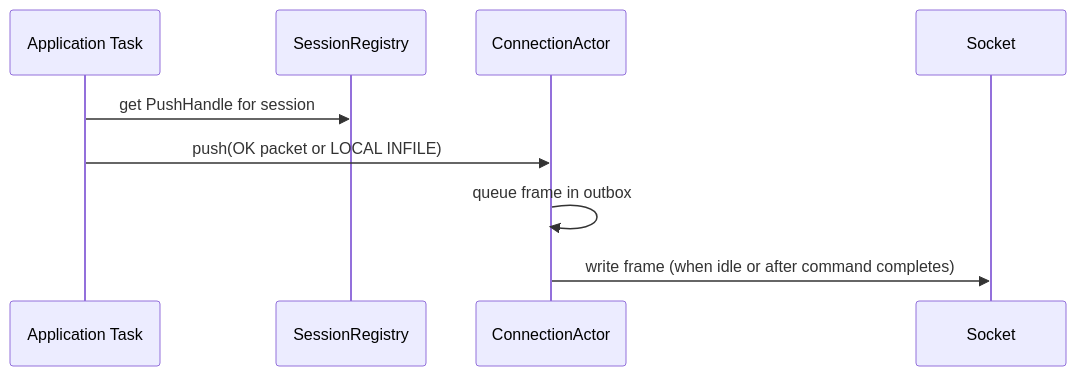
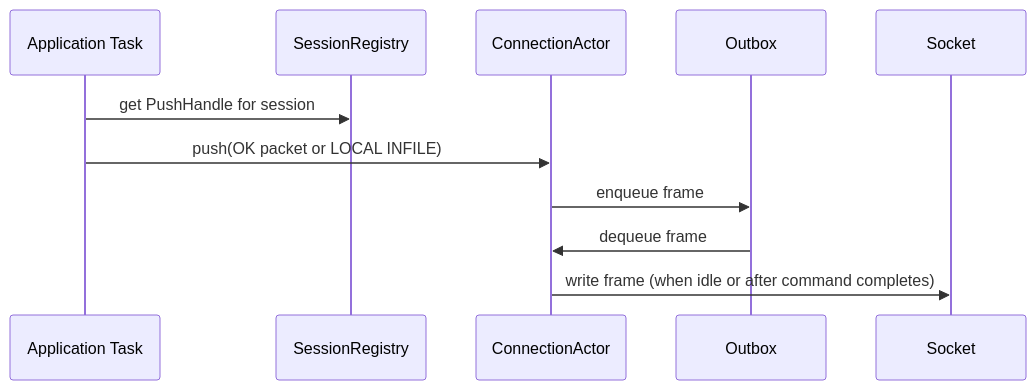
One commit to leynos/wireframe changed the fifth of 7 diagrams in docs/asynchronous-outbound-messaging-design.md. Above: the diagram before and after it, drawn with Mermaid. The commit also changed other lines of this file, not shown here.

Commit message:
Clarify connection actor diagrams

````diff
--- a/docs/asynchronous-outbound-messaging-design.md
+++ b/docs/asynchronous-outbound-messaging-design.md
@@ -418,11 +422,13 @@
 ```mermaid
 sequenceDiagram
     participant AppTask as Application Task
     participant SessionRegistry
     participant ConnectionActor
+    participant Outbox
     participant Socket
     AppTask->>SessionRegistry: get PushHandle for session
     AppTask->>ConnectionActor: push(OK packet or LOCAL INFILE)
-    ConnectionActor->>ConnectionActor: queue frame in outbox
+    ConnectionActor->>Outbox: enqueue frame
+    Outbox->>ConnectionActor: dequeue frame
     ConnectionActor->>Socket: write frame (when idle or after command completes)
 ```
````
